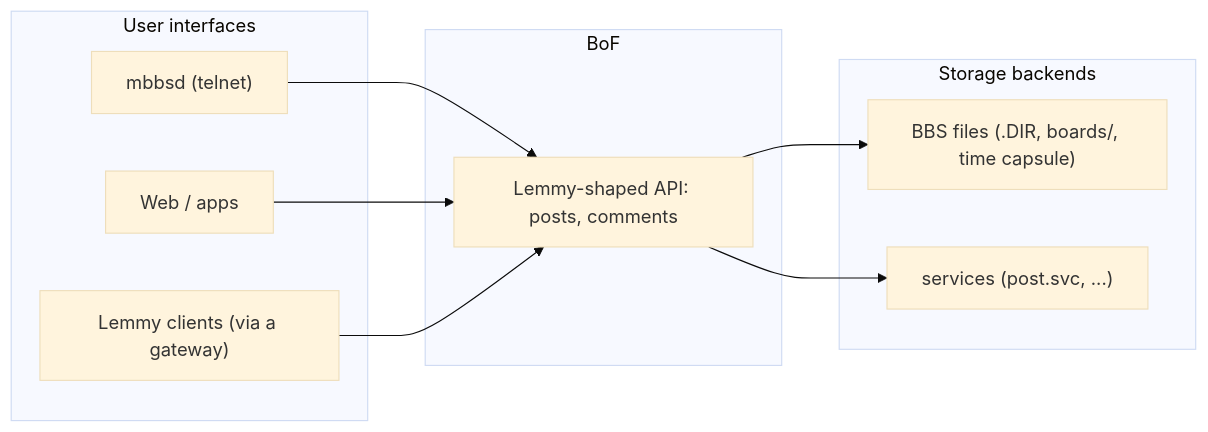
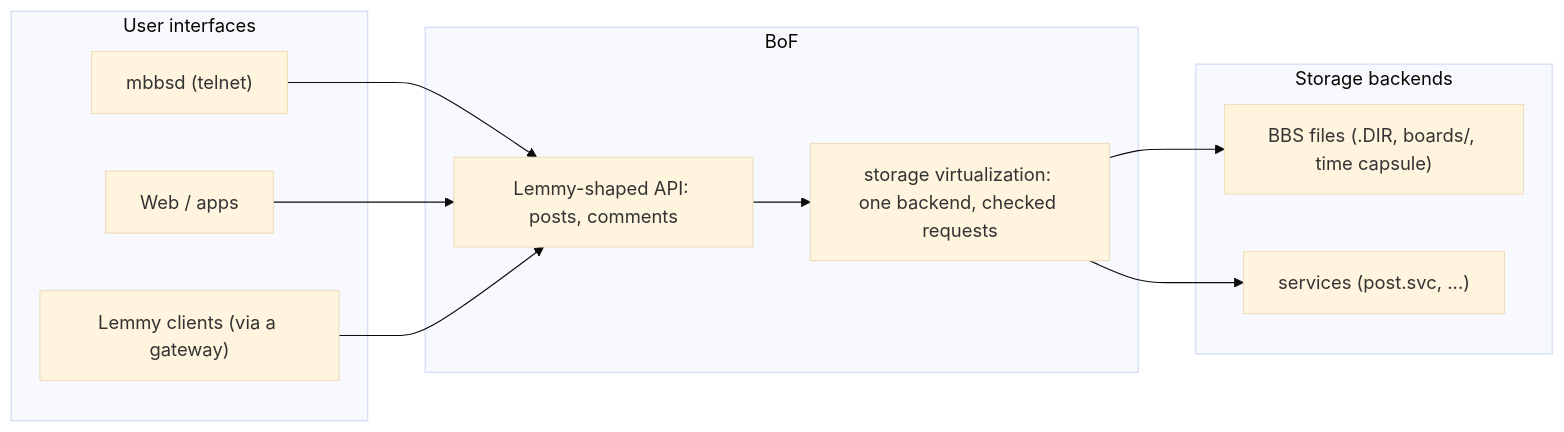
One commit to ptt/pttbbs changed the diagram in bof/README.md. Above: the diagram before and after it, drawn with Mermaid (base theme). The commit also changed other lines of this file and 16 other files, not shown here.

````diff
--- a/bof/README.md
+++ b/bof/README.md
@@ -30,20 +30,22 @@
 ```mermaid
 flowchart LR
     subgraph UI["User interfaces"]
         mbbsd["mbbsd (telnet)"]
         web["Web / apps"]
         lemmy["Lemmy clients (via a gateway)"]
     end
     subgraph BOF["BoF"]
         api["Lemmy-shaped API: posts, comments"]
+        virt["storage virtualization: one backend, checked requests"]
     end
     subgraph STORE["Storage backends"]
         files["BBS files (.DIR, boards/, time capsule)"]
         svc["services (post.svc, ...)"]
     end
     mbbsd --> api
     web --> api
     lemmy --> api
-    api --> files
-    api --> svc
+    api --> virt
+    virt --> files
+    virt --> svc
 ```
````
